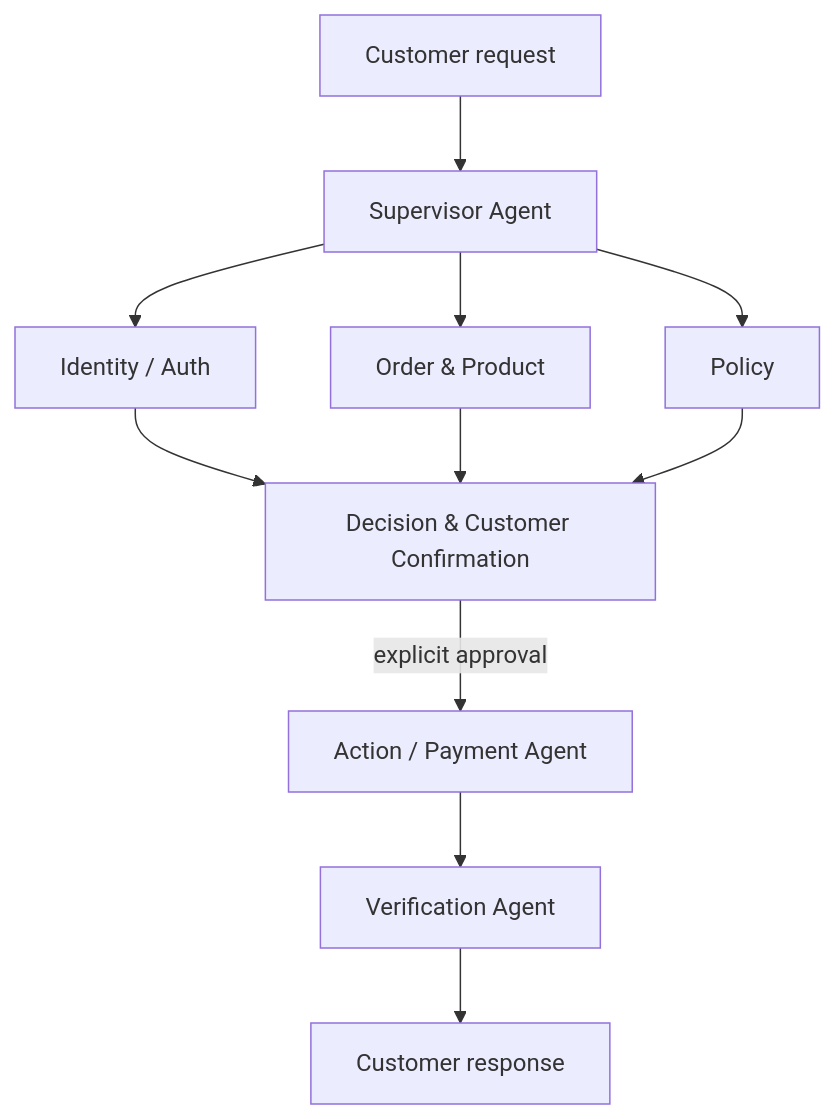
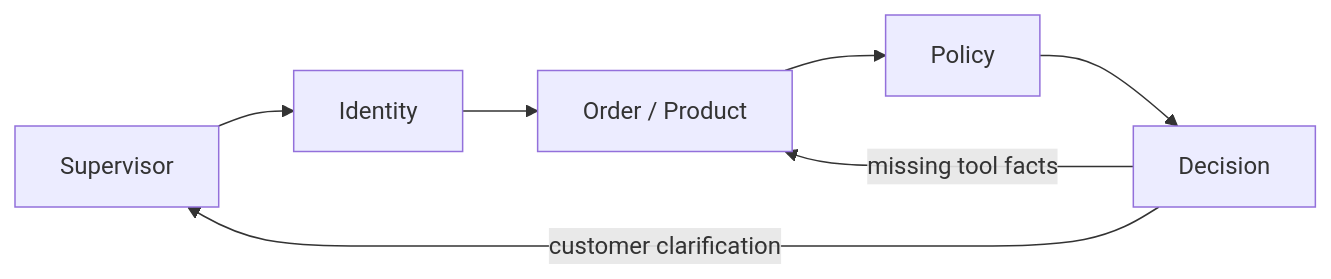
The diagram in README.md (Kaustubh1206/Multi-Agent-Trace-Recovery-System), drawn with Mermaid before and after one commit. The commit also changed other lines of this file and 7 other files, not shown here.

````diff
--- a/README.md
+++ b/README.md
@@ -9,13 +12,9 @@
 ```mermaid
-flowchart TB
-    Customer[Customer request] --> Supervisor[Supervisor Agent]
-    Supervisor --> Identity[Identity / Auth]
-    Supervisor --> Order[Order & Product]
-    Supervisor --> Policy[Policy]
-    Identity --> Decision[Decision & Customer Confirmation]
-    Order --> Decision
-    Policy --> Decision
-    Decision -->|explicit approval| Action[Action / Payment Agent]
-    Action --> Verification[Verification Agent]
-    Verification --> Response[Customer response]
+flowchart LR
+    S[Supervisor] --> I[Identity]
+    I --> O[Order / Product]
+    O --> P[Policy]
+    P --> D[Decision]
+    D -->|missing tool facts| O
+    D -->|customer clarification| S
 ```
````
